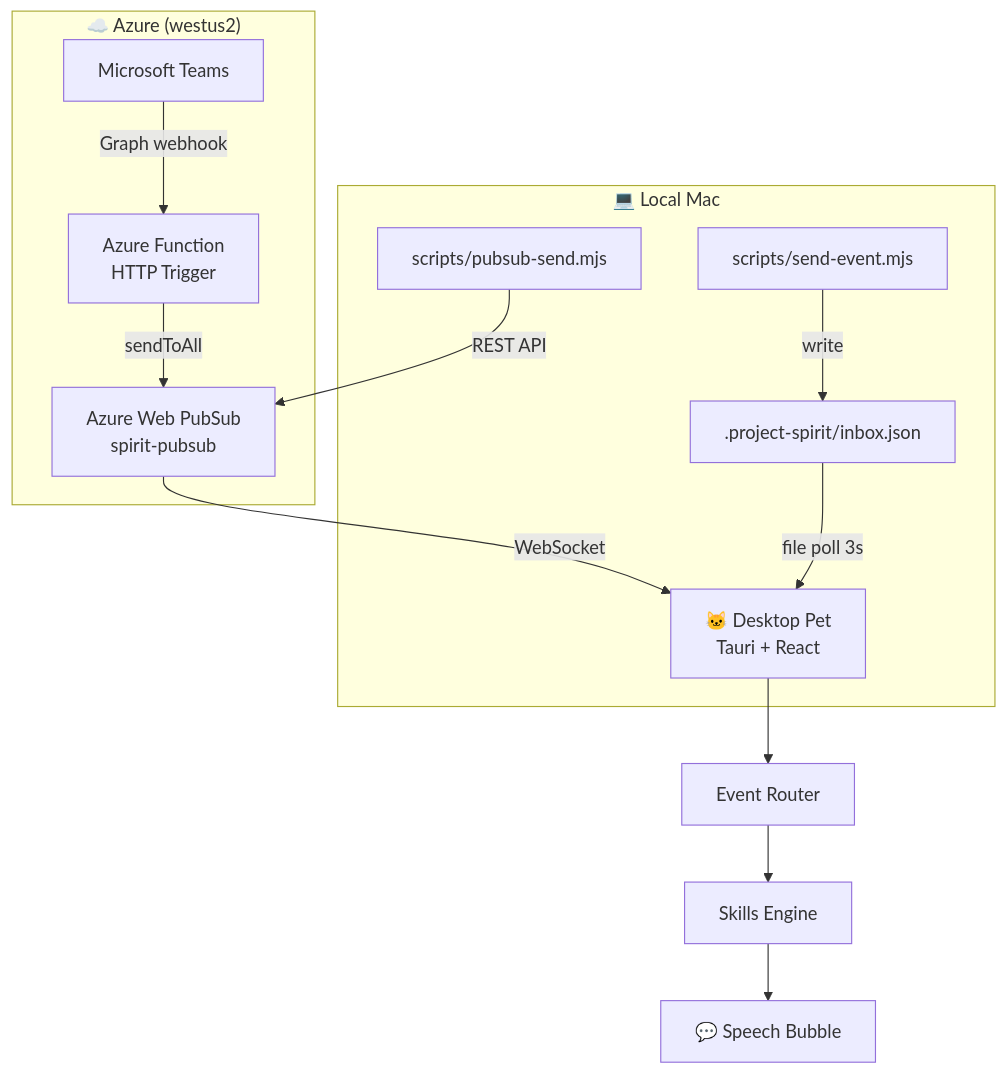
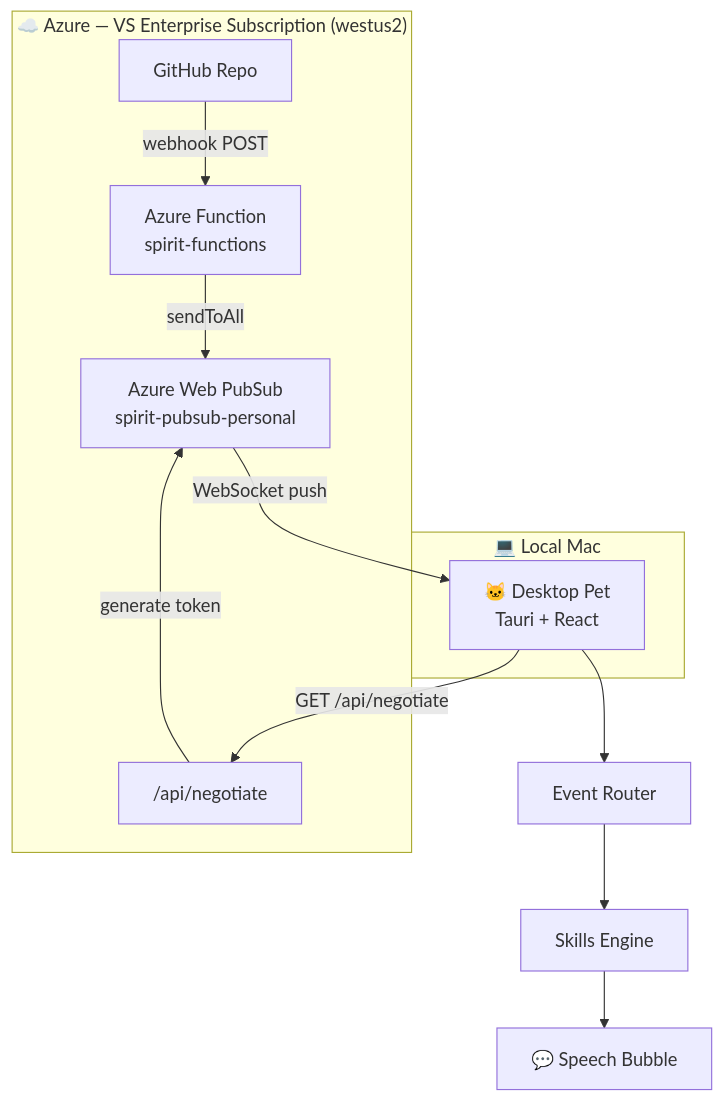
The diagram in readme.md (AAbiAbi/my-game), drawn with Mermaid before and after one commit. The commit also changed other lines of this file and 6 other files, not shown here.

Commit message:
Add Azure Function: negotiate, github-webhook, and github-poll timer

````diff
--- a/readme.md
+++ b/readme.md
@@ -5,18 +5,17 @@
 ```mermaid
 flowchart TD
-    subgraph Cloud ["☁️ Azure (westus2)"]
-        Teams[Microsoft Teams] -->|Graph webhook| AF[Azure Function<br/>HTTP Trigger]
-        AF -->|sendToAll| PubSub[Azure Web PubSub<br/>spirit-pubsub]
+    subgraph Cloud ["☁️ Azure — VS Enterprise Subscription (westus2)"]
+        GH[GitHub Repo] -->|webhook POST| AF[Azure Function<br/>spirit-functions]
+        AF -->|sendToAll| PubSub[Azure Web PubSub<br/>spirit-pubsub-personal]
+        AF2["/api/negotiate"] -->|generate token| PubSub
     end
 
     subgraph Local ["💻 Local Mac"]
-        PubSub -->|WebSocket| Pet[🐱 Desktop Pet<br/>Tauri + React]
-        Inbox[.project-spirit/inbox.json] -->|file poll 3s| Pet
-        Script[scripts/send-event.mjs] -->|write| Inbox
-        Script2[scripts/pubsub-send.mjs] -->|REST API| PubSub
+        PubSub -->|WebSocket push| Pet[🐱 Desktop Pet<br/>Tauri + React]
+        Pet -->|GET /api/negotiate| AF2
     end
 
     Pet --> Router[Event Router]
     Router --> Skills[Skills Engine]
     Skills --> Bubble[💬 Speech Bubble]
 ```
````
